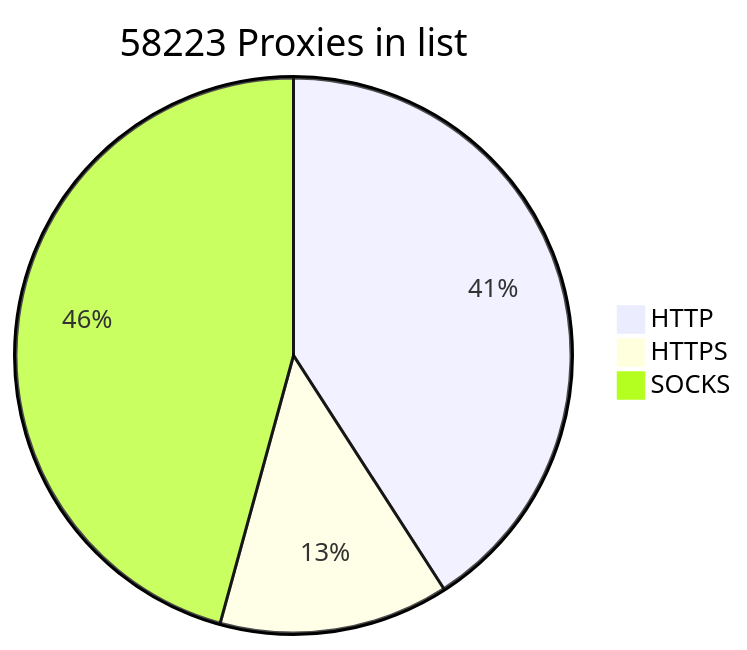
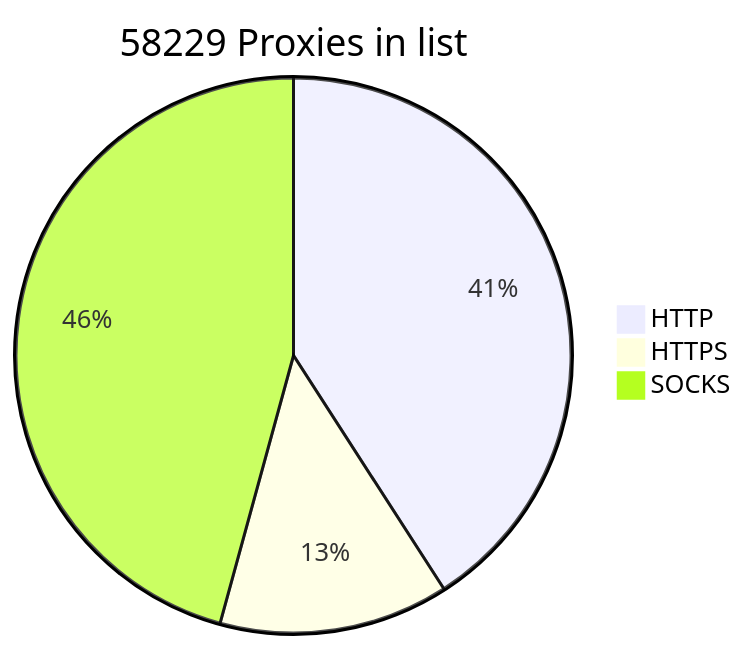
The diagram in README.md (BlackSnowDot/proxylist-update-every-minute), drawn with Mermaid before and after one commit.

````diff
--- a/README.md
+++ b/README.md
@@ -2,6 +2,6 @@
 ```mermaid
-pie title 58223 Proxies in list
-    "HTTP" : 26825
-    "HTTPS": 8769
+pie title 58229 Proxies in list
+    "HTTP" : 26827
+    "HTTPS": 8773
     "SOCKS" : 30009
 ```
````
